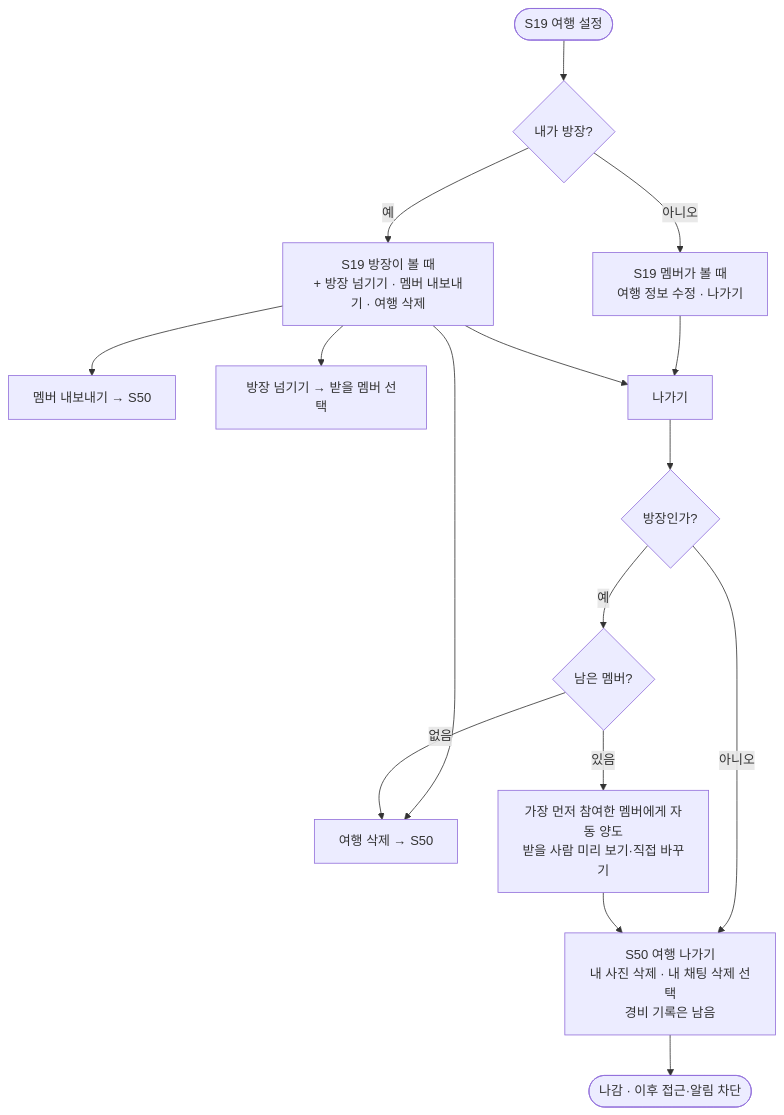
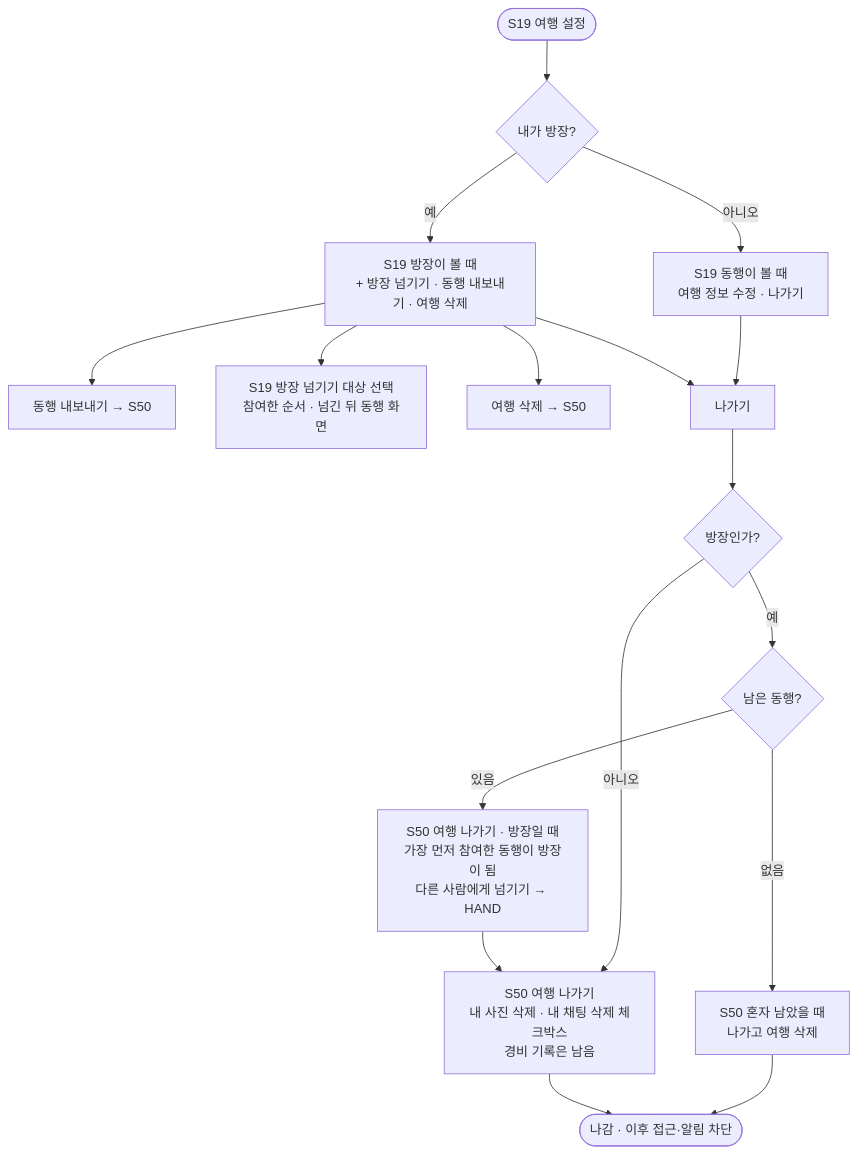
One commit to a204-eodilog/eodilog changed diagram 11 of 24 in docs/flow/user-flow.md. Above: the diagram before and after it, drawn with Mermaid. The commit also changed other lines of this file and 1 other file, not shown here.

````diff
--- a/docs/flow/user-flow.md
+++ b/docs/flow/user-flow.md
@@ -259,17 +267,17 @@
 ```mermaid
 flowchart TD
     S19(["S19 여행 설정"]) --> R{"내가 방장?"}
-    R -- "아니오" --> MB["S19 멤버가 볼 때<br/>여행 정보 수정 · 나가기"]
-    R -- "예" --> HS["S19 방장이 볼 때<br/>+ 방장 넘기기 · 멤버 내보내기 · 여행 삭제"]
-    HS --> KICK["멤버 내보내기 → S50"]
-    HS --> HAND["방장 넘기기 → 받을 멤버 선택"]
+    R -- "아니오" --> MB["S19 동행이 볼 때<br/>여행 정보 수정 · 나가기"]
+    R -- "예" --> HS["S19 방장이 볼 때<br/>+ 방장 넘기기 · 동행 내보내기 · 여행 삭제"]
+    HS --> KICK["동행 내보내기 → S50"]
+    HS --> HAND["S19 방장 넘기기 대상 선택<br/>참여한 순서 · 넘긴 뒤 동행 화면"]
     HS --> DEL["여행 삭제 → S50"]
     MB --> LV["나가기"]
     HS --> LV
     LV --> ISH{"방장인가?"}
     ISH -- "아니오" --> OPT
-    ISH -- "예" --> LEFT{"남은 멤버?"}
-    LEFT -- "있음" --> AUTO["가장 먼저 참여한 멤버에게 자동 양도<br/>받을 사람 미리 보기·직접 바꾸기"] --> OPT
-    LEFT -- "없음" --> DEL
-    OPT["S50 여행 나가기<br/>내 사진 삭제 · 내 채팅 삭제 선택<br/>경비 기록은 남음"] --> DONE(["나감 · 이후 접근·알림 차단"])
+    ISH -- "예" --> LEFT{"남은 동행?"}
+    LEFT -- "있음" --> AUTO["S50 여행 나가기 · 방장일 때<br/>가장 먼저 참여한 동행이 방장이 됨<br/>다른 사람에게 넘기기 → HAND"] --> OPT
+    LEFT -- "없음" --> ALONE["S50 혼자 남았을 때<br/>나가고 여행 삭제"] --> DONE
+    OPT["S50 여행 나가기<br/>내 사진 삭제 · 내 채팅 삭제 체크박스<br/>경비 기록은 남음"] --> DONE(["나감 · 이후 접근·알림 차단"])
 ```
````
